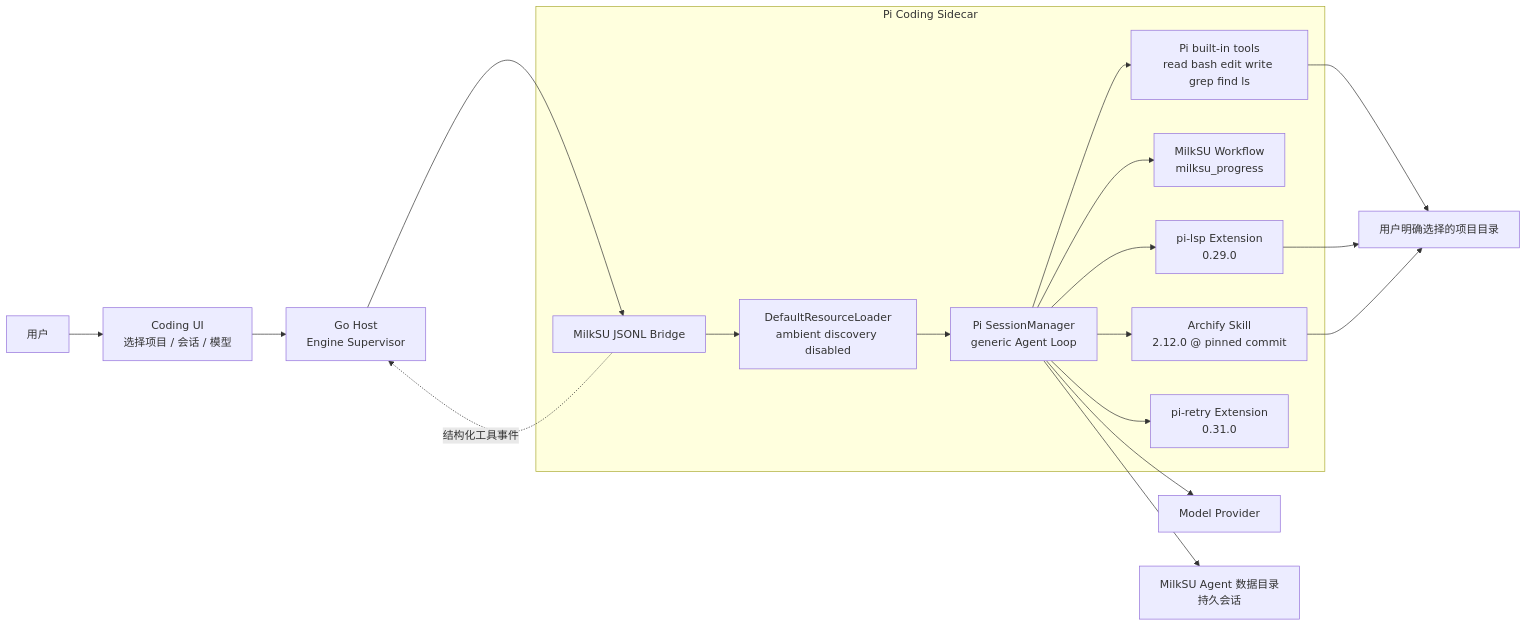
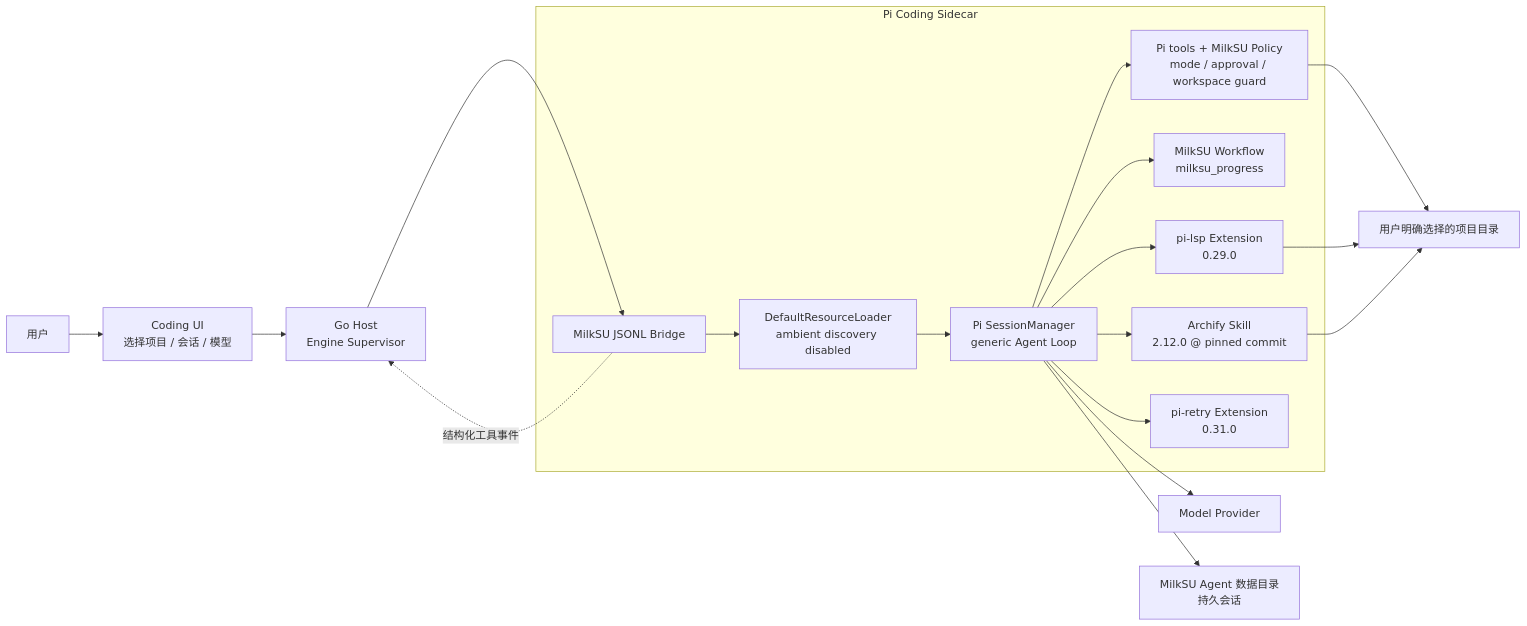
One commit to MilkSU-Official/milksu changed the first of 3 diagrams in docs/architecture/coding-agent-pi-extension-boundary.md. Above: the diagram before and after it, drawn with Mermaid. The commit also changed other lines of this file and 56 other files, not shown here.

````diff
--- a/docs/architecture/coding-agent-pi-extension-boundary.md
+++ b/docs/architecture/coding-agent-pi-extension-boundary.md
@@ -11,35 +12,35 @@
 ```mermaid
 flowchart LR
     user["用户"]
     vue["Coding UI<br/>选择项目 / 会话 / 模型"]
     host["Go Host<br/>Engine Supervisor"]
 
     subgraph sidecar["Pi Coding Sidecar"]
         bridge["MilkSU JSONL Bridge"]
         loader["DefaultResourceLoader<br/>ambient discovery disabled"]
         session["Pi SessionManager<br/>generic Agent Loop"]
-        coreTools["Pi built-in tools<br/>read bash edit write grep find ls"]
+        coreTools["Pi tools + MilkSU Policy<br/>mode / approval / workspace guard"]
         workflow["MilkSU Workflow<br/>milksu_progress"]
         archify["Archify Skill<br/>2.12.0 @ pinned commit"]
         lsp["pi-lsp Extension<br/>0.29.0"]
         retry["pi-retry Extension<br/>0.31.0"]
     end
 
     provider["Model Provider"]
     project["用户明确选择的项目目录"]
     agentData["MilkSU Agent 数据目录<br/>持久会话"]
 
     user --> vue --> host --> bridge
     bridge --> loader --> session
     session --> coreTools
     session --> workflow
     session --> archify
     session --> lsp
     session --> retry
     session --> provider
     coreTools --> project
     lsp --> project
     archify --> project
     session --> agentData
     bridge -. "结构化工具事件" .-> host
 ```
````
